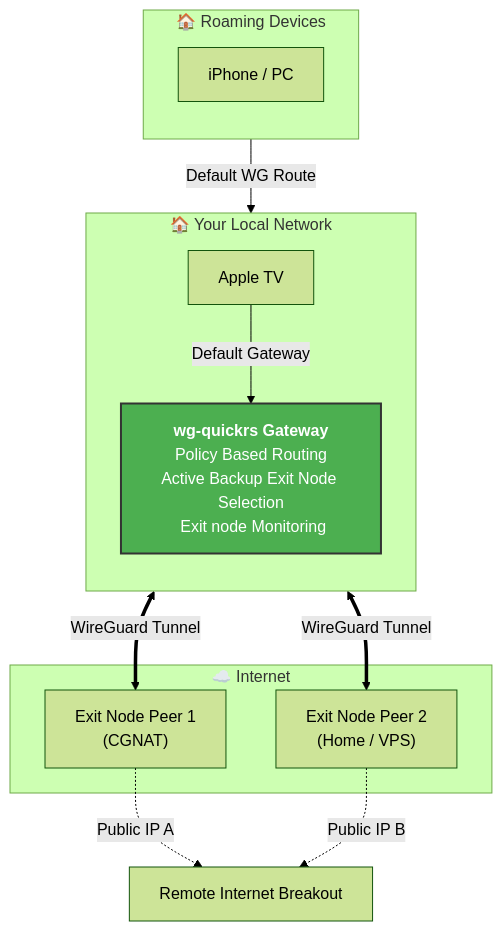
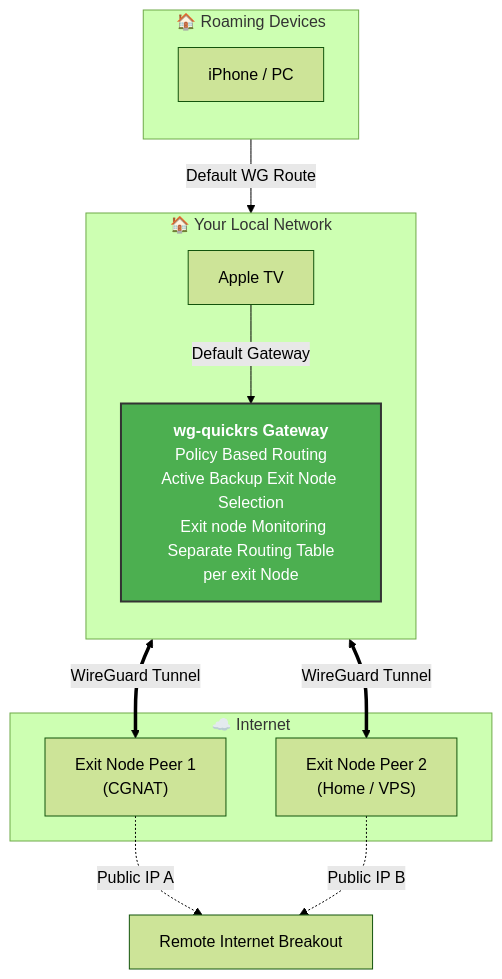
One commit to grizzy255/wg-quickrs-router changed the diagram in README.md. Above: the diagram before and after it, drawn with Mermaid (forest theme).

Commit message:
fix: Remove HTML tags from mermaid diagram for GitHub compatibility

````diff
--- a/README.md
+++ b/README.md
@@ -33,35 +33,35 @@
 ```mermaid
 flowchart TD
     subgraph LAN ["🏠 Your Local Network"]
         direction TB
         ATV["Apple TV"]
         
         %% Use <br/> to break lines manually
-        Gateway["<b>wg-quickrs Gateway</b><br/>Policy Based Routing<br/>Active Backup Exit Node Selection<br/> Exit node Monitoring"]
+        Gateway["<b>wg-quickrs Gateway</b><br/>Policy Based Routing<br/>Active Backup Exit Node Selection<br/> Exit node Monitoring<br/> Separate Routing Table per exit Node"]
     end
 
     subgraph Local Internet ["🏠 Roaming Devices"]
         direction TB
         iPhone["iPhone / PC"]
     
         %% Use <br/> to break lines manually
-        Gateway["<b>wg-quickrs Gateway</b><br/>Policy Based Routing<br/>Active Backup Exit Node Selection<br/> Exit node Monitoring"]
+        Gateway["<b>wg-quickrs Gateway</b><br/>Policy Based Routing<br/>Active Backup Exit Node Selection<br/> Exit node Monitoring<br/> Separate Routing Table per exit Node"]
     end
     subgraph Internet ["☁️ Internet"]
         Remote1["Exit Node Peer 1<br/>(CGNAT)"]
         Remote2["Exit Node Peer 2<br/>(Home / VPS)"]
     end
 
     %% Connections
     iPhone -->|Default WG Route| Gateway
     ATV -->|Default Gateway | Gateway
     
     Gateway <==>|WireGuard Tunnel| Remote1
     Gateway <==>|WireGuard Tunnel| Remote2
     
     Remote1 -.->|Public IP A| World["Remote Internet Breakout"]
     Remote2 -.->|Public IP B| World
 
     %% Styling
     style Gateway fill:#4CAF50,stroke:#333,stroke-width:2px,color:#fff
 ```
````
